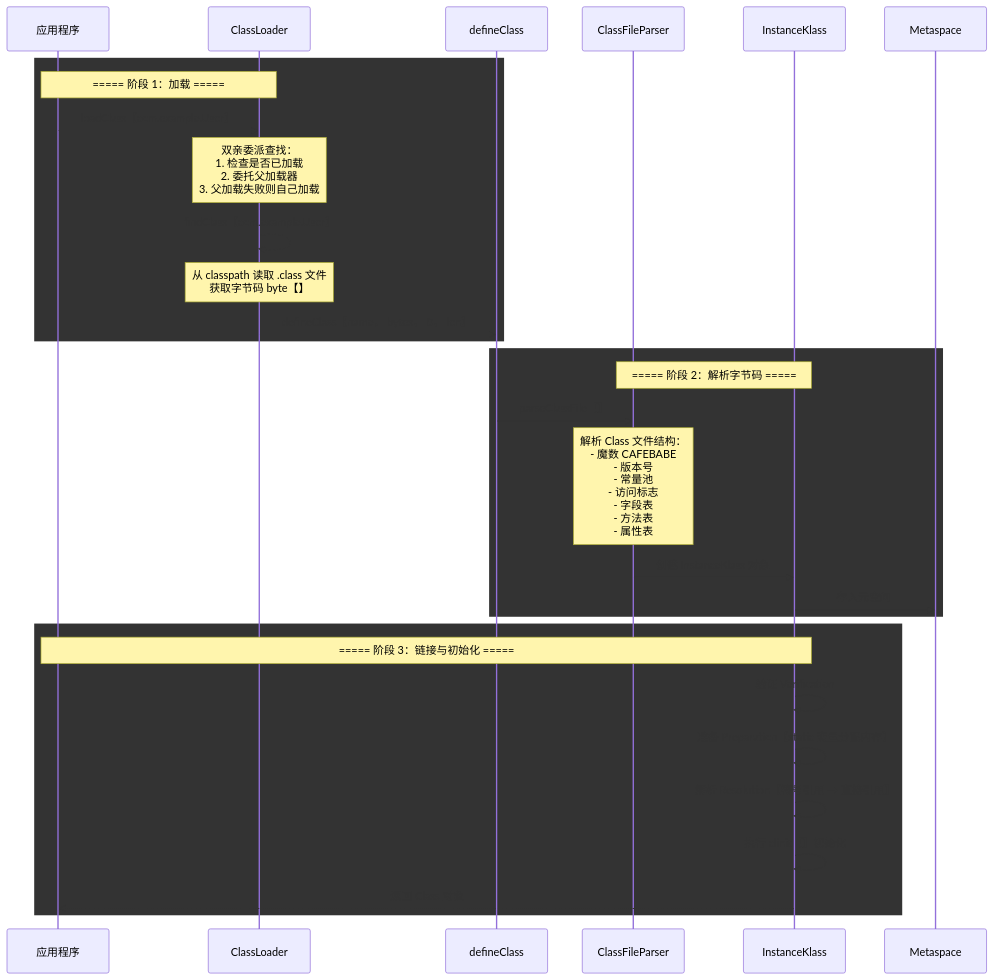
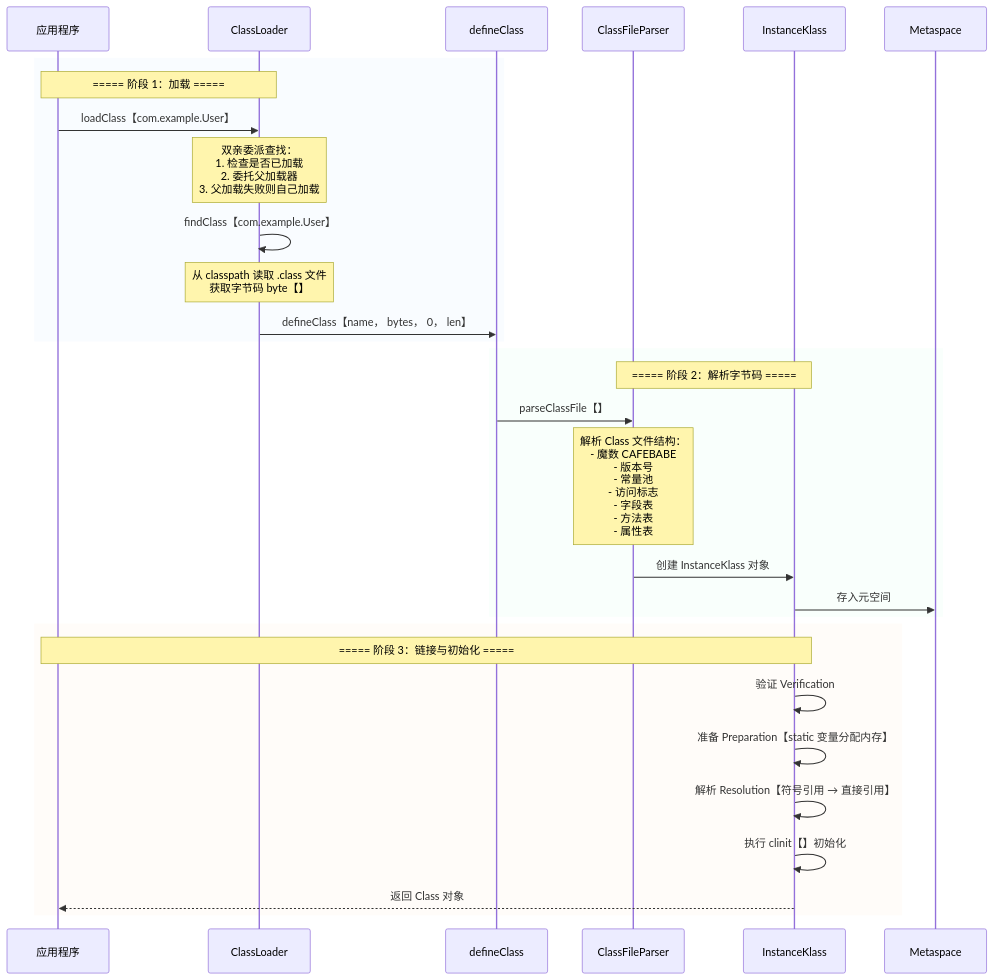
The sixth of 51 diagrams in src/content/philes/volume-1/Java-Backend/JVM深度解析.md (AH23333/Blog), drawn with Mermaid before and after one commit. The commit also changed other lines of this file and 17 other files, not shown here.

Commit message:
修复所有已知bug（mermaid渲染、表格识别），添加错误总结经验，暂时保留测试文件，准备考虑优化性能与重构

````diff
--- a/src/content/philes/volume-1/Java-Backend/JVM深度解析.md
+++ b/src/content/philes/volume-1/Java-Backend/JVM深度解析.md
@@ -208,35 +208,35 @@
 ```mermaid
 sequenceDiagram
     participant APP as 应用程序
     participant CL as ClassLoader
     participant DEF as defineClass
     participant PARSER as ClassFileParser
     participant KLASS as InstanceKlass
     participant META as Metaspace
 
-    rect rgba【240， 248， 255， 0.4】
+    rect rgba(240, 248, 255, 0.4)
     Note over APP,CL: ===== 阶段 1：加载 =====
     APP->>CL: loadClass【com.example.User】
     Note over CL: 双亲委派查找：<br/>1. 检查是否已加载<br/>2. 委托父加载器<br/>3. 父加载失败则自己加载
     CL->>CL: findClass【com.example.User】
     Note over CL: 从 classpath 读取 .class 文件<br/>获取字节码 byte【】
     CL->>DEF: defineClass【name， bytes， 0， len】
     end
 
-    rect rgba【240， 255， 248， 0.4】
+    rect rgba(240, 255, 248, 0.4)
     Note over PARSER,KLASS: ===== 阶段 2：解析字节码 =====
     DEF->>PARSER: parseClassFile【】
     Note over PARSER: 解析 Class 文件结构：<br/>- 魔数 CAFEBABE<br/>- 版本号<br/>- 常量池<br/>- 访问标志<br/>- 字段表<br/>- 方法表<br/>- 属性表
     PARSER->>KLASS: 创建 InstanceKlass 对象
     KLASS->>META: 存入元空间
     end
 
-    rect rgba【255， 248， 240， 0.4】
+    rect rgba(255, 248, 240, 0.4)
     Note over KLASS,APP: ===== 阶段 3：链接与初始化 =====
     KLASS->>KLASS: 验证 Verification
     KLASS->>KLASS: 准备 Preparation【static 变量分配内存】
     KLASS->>KLASS: 解析 Resolution【符号引用 → 直接引用】
     KLASS->>KLASS: 执行 clinit【】初始化
     KLASS-->>APP: 返回 Class 对象
     end
 ```
````
